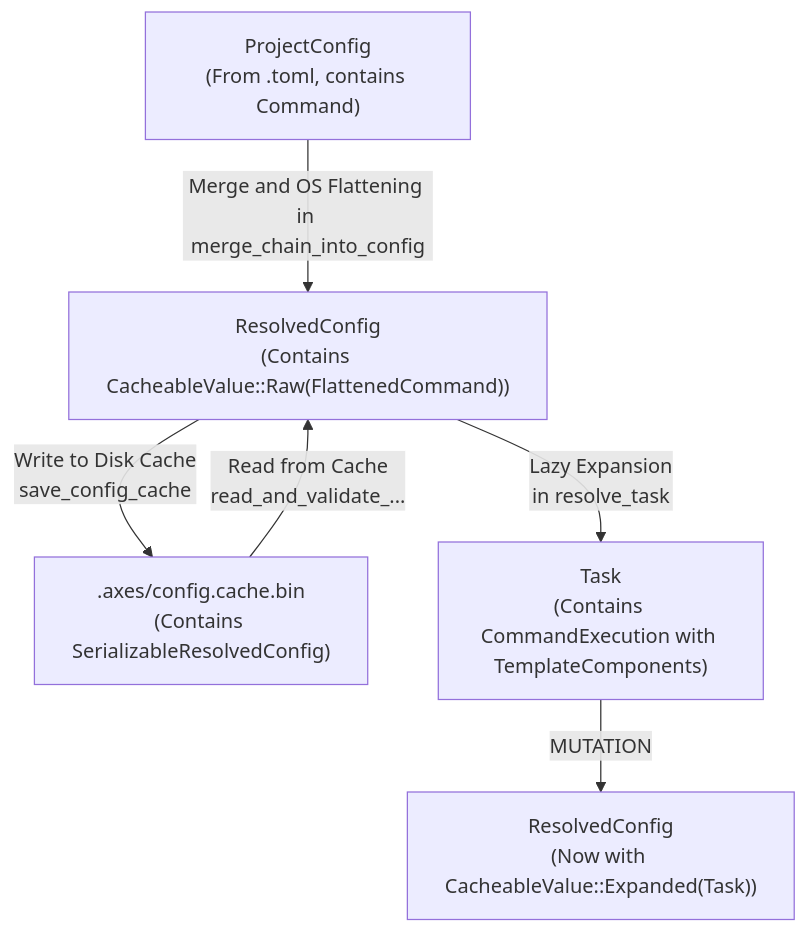
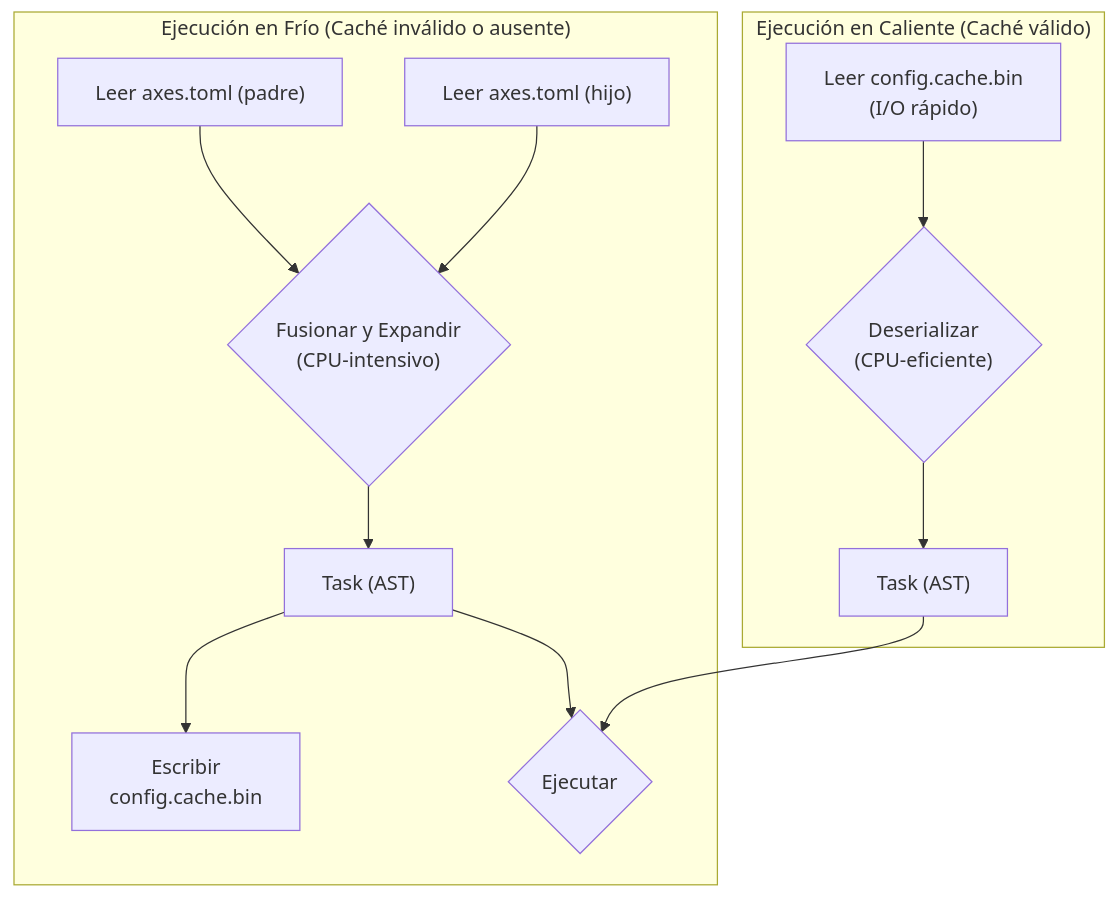
One commit to RetypeOS/axes changed the fifth of 6 diagrams in TECNICAL.md. Above: the diagram before and after it, drawn with Mermaid. The commit also changed other lines of this file and 8 other files, not shown here.

````diff
--- a/TECNICAL.md
+++ b/TECNICAL.md
@@ -516,8 +268,16 @@
     ```mermaid
     graph TD
-        A["ProjectConfig<br>(From .toml, contains Command)"] -->|Merge and OS Flattening in merge_chain_into_config| B["ResolvedConfig<br>(Contains CacheableValue::Raw(FlattenedCommand))"];
-        B -->|Write to Disk Cache<br>save_config_cache| C[".axes/config.cache.bin<br>(Contains SerializableResolvedConfig)"];
-        C -->|Read from Cache<br>read_and_validate_...| B;
-        B -->|Lazy Expansion<br>in resolve_task| D["Task<br>(Contains CommandExecution with TemplateComponents)"];
-        D -->|MUTATION| E["ResolvedConfig<br>(Now with CacheableValue::Expanded(Task))"];
+        subgraph "Ejecución en Frío (Caché inválido o ausente)"
+            A["Leer axes.toml (padre)"] --> C;
+            B["Leer axes.toml (hijo)"] --> C;
+            C{"Fusionar y Expandir<br>(CPU-intensivo)"} --> D["Task (AST)"];
+            D --> E["Escribir<br>config.cache.bin"];
+            D --> F{Ejecutar};
+        end
+
+        subgraph "Ejecución en Caliente (Caché válido)"
+            G["Leer config.cache.bin<br>(I/O rápido)"] --> H{"Deserializar<br>(CPU-eficiente)"};
+            H --> I["Task (AST)"];
+            I --> F;
+        end
     ```
````
